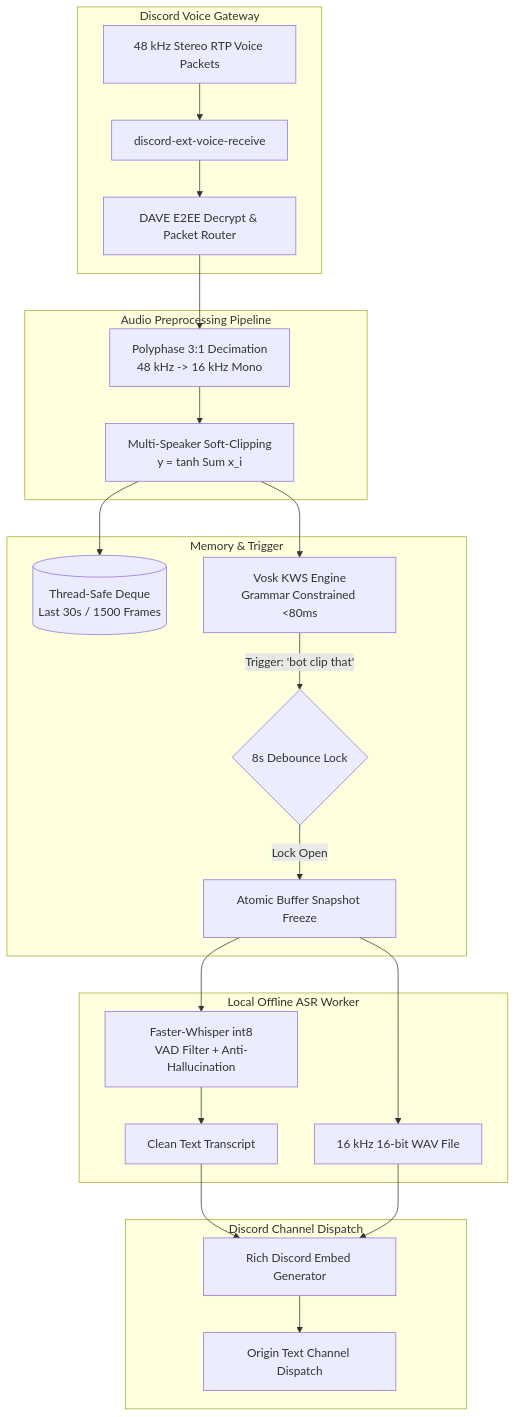
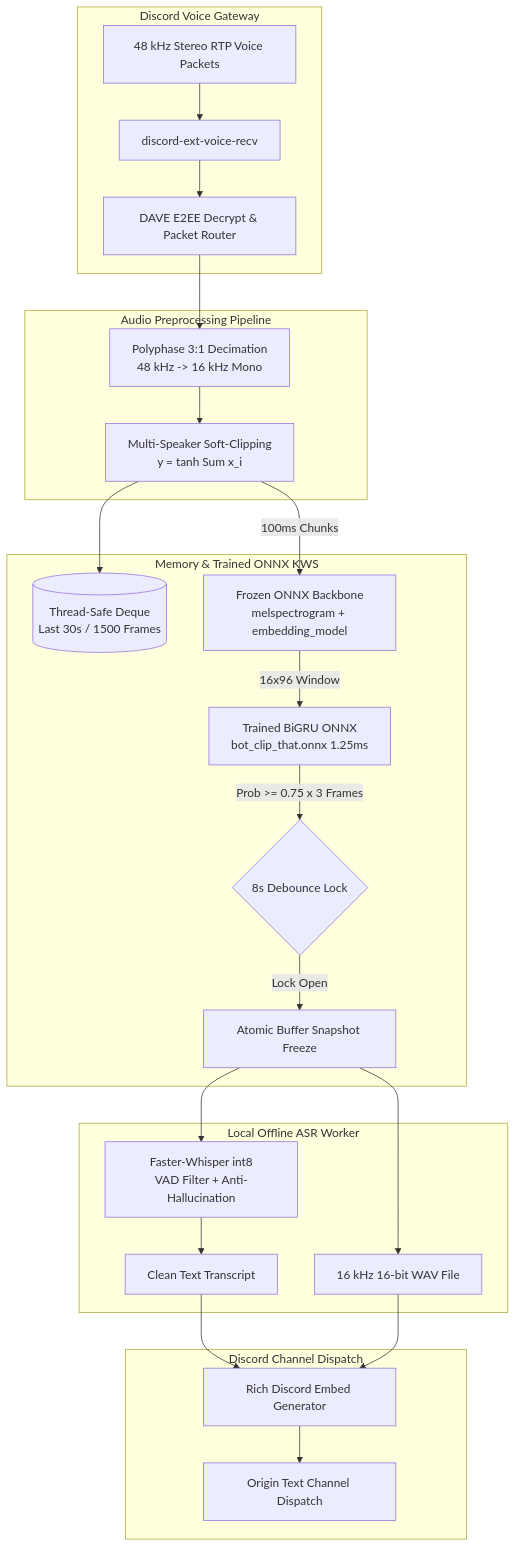
Before and after one commit to Meezuki/discord-voice-clipper: the diagram in README.md, drawn with Mermaid. The commit also changed other lines of this file, not shown here.

Commit message:
docs: update README with custom ONNX wake-word model details and benchmarks

````diff
--- a/README.md
+++ b/README.md
@@ -40,31 +40,32 @@
 ```mermaid
 flowchart TD
     subgraph Discord_Gateway [Discord Voice Gateway]
-        RTP[48 kHz Stereo RTP Voice Packets] --> RECV[discord-ext-voice-receive]
+        RTP[48 kHz Stereo RTP Voice Packets] --> RECV[discord-ext-voice-recv]
         RECV --> DAVE[DAVE E2EE Decrypt & Packet Router]
     end
 
     subgraph Preprocessing [Audio Preprocessing Pipeline]
         DAVE --> DEC[Polyphase 3:1 Decimation\n48 kHz -> 16 kHz Mono]
         DEC --> MIX[Multi-Speaker Soft-Clipping\ny = tanh Sum x_i]
     end
 
-    subgraph Storage_KWS [Memory & Trigger]
+    subgraph Storage_KWS [Memory & Trained ONNX KWS]
         MIX --> BUF[(Thread-Safe Deque\nLast 30s / 1500 Frames)]
-        MIX --> KWS[Vosk KWS Engine\nGrammar Constrained <80ms]
-        KWS -->|Trigger: 'bot clip that'| LOCK{8s Debounce Lock}
+        MIX -->|100ms Chunks| EMB[Frozen ONNX Backbone\nmelspectrogram + embedding_model]
+        EMB -->|16x96 Window| KWS[Trained BiGRU ONNX\nbot_clip_that.onnx 1.25ms]
+        KWS -->|Prob >= 0.75 x 3 Frames| LOCK{8s Debounce Lock}
         LOCK -->|Lock Open| SNAP[Atomic Buffer Snapshot Freeze]
     end
 
     subgraph ASR_Worker [Local Offline ASR Worker]
         SNAP --> ASR[Faster-Whisper int8\nVAD Filter + Anti-Hallucination]
         ASR --> TXT[Clean Text Transcript]
         SNAP --> WAV[16 kHz 16-bit WAV File]
     end
 
     subgraph Output [Discord Channel Dispatch]
         TXT --> EMBED[Rich Discord Embed Generator]
         WAV --> EMBED
         EMBED --> DISCORD[Origin Text Channel Dispatch]
     end
 ```
````
